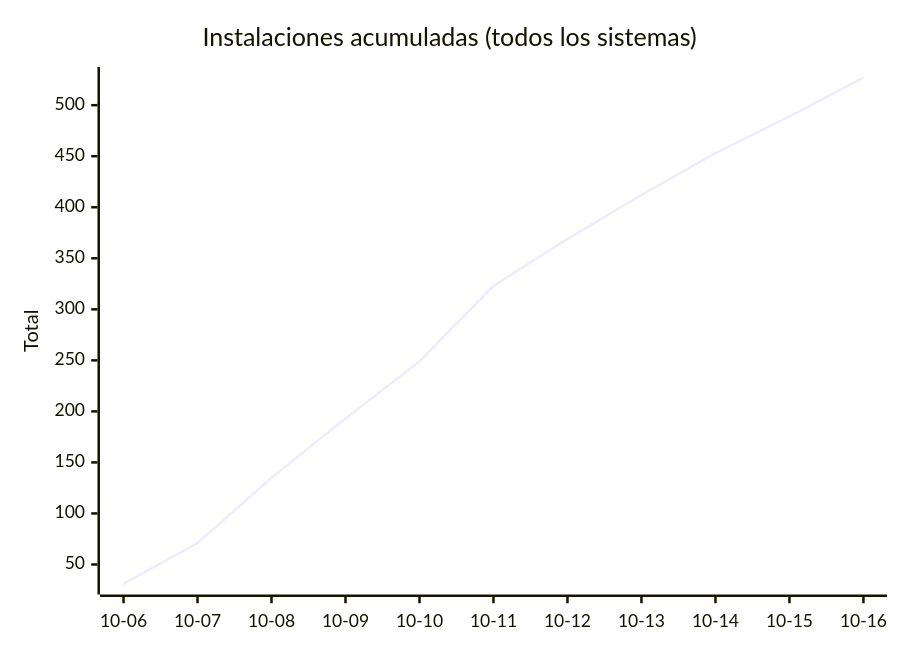
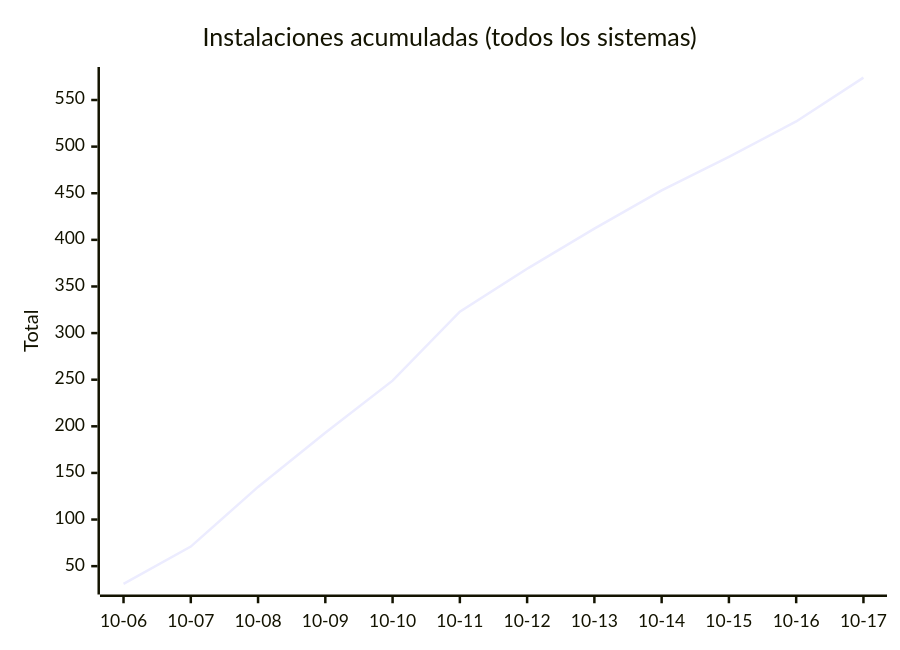
Before and after one commit to EmuDeck/stats: the seventh of 8 diagrams in README.md, drawn with Mermaid. The commit also changed other lines of this file and 2 other files, not shown here.

````diff
--- a/README.md
+++ b/README.md
@@ -76,7 +76,7 @@
 ```mermaid
 xychart-beta
     title "Instalaciones acumuladas (todos los sistemas)"
-    x-axis ["10-06", "10-07", "10-08", "10-09", "10-10", "10-11", "10-12", "10-13", "10-14", "10-15", "10-16"]
+    x-axis ["10-06", "10-07", "10-08", "10-09", "10-10", "10-11", "10-12", "10-13", "10-14", "10-15", "10-16", "10-17"]
     y-axis "Total"
-    line [31, 71, 135, 193, 249, 323, 369, 412, 453, 489, 527]
+    line [31, 71, 135, 193, 249, 323, 369, 412, 453, 489, 527, 574]
 ```
````
